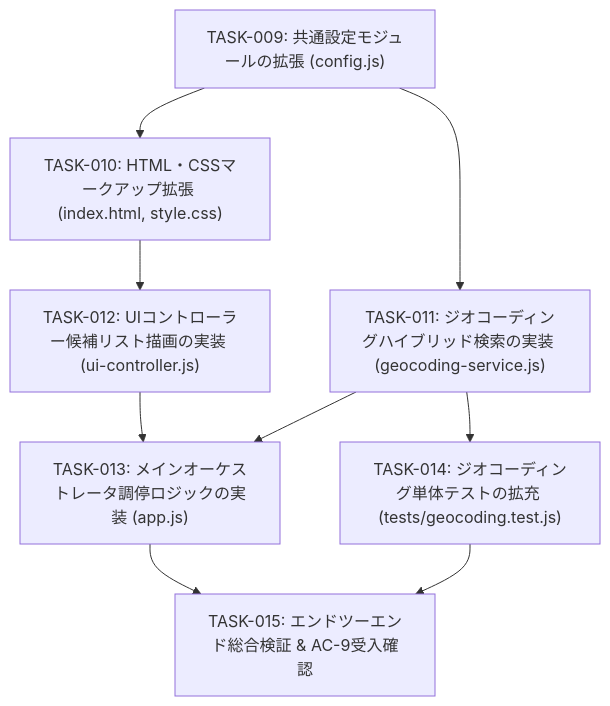
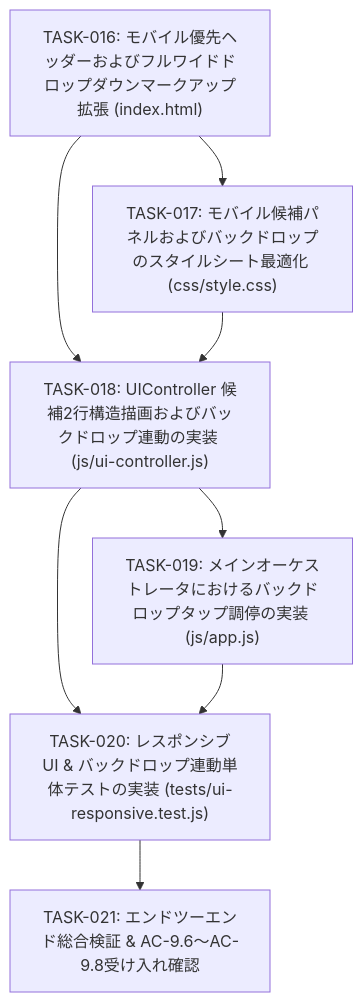
Before and after one commit to nankojin-ops/HazardMap-app: the diagram in docs/implementation-plan.md, drawn with Mermaid. The commit also changed other lines of this file and 10 other files, not shown here.

````diff
--- a/docs/implementation-plan.md
+++ b/docs/implementation-plan.md
@@ -321,17 +332,15 @@
 ```mermaid
 flowchart TD
-    TASK009["TASK-009: 共通設定モジュールの拡張 (config.js)"]
-    TASK010["TASK-010: HTML・CSSマークアップ拡張 (index.html, style.css)"]
-    TASK011["TASK-011: ジオコーディングハイブリッド検索の実装 (geocoding-service.js)"]
-    TASK012["TASK-012: UIコントローラー候補リスト描画の実装 (ui-controller.js)"]
-    TASK013["TASK-013: メインオーケストレータ調停ロジックの実装 (app.js)"]
-    TASK014["TASK-014: ジオコーディング単体テストの拡充 (tests/geocoding.test.js)"]
-    TASK015["TASK-015: エンドツーエンド総合検証 & AC-9受入確認"]
+    TASK016["TASK-016: モバイル優先ヘッダーおよびフルワイドドロップダウンマークアップ拡張 (index.html)"]
+    TASK017["TASK-017: モバイル候補パネルおよびバックドロップのスタイルシート最適化 (css/style.css)"]
+    TASK018["TASK-018: UIController 候補2行構造描画およびバックドロップ連動の実装 (js/ui-controller.js)"]
+    TASK019["TASK-019: メインオーケストレータにおけるバックドロップタップ調停の実装 (js/app.js)"]
+    TASK020["TASK-020: レスポンシブUI & バックドロップ連動単体テストの実装 (tests/ui-responsive.test.js)"]
+    TASK021["TASK-021: エンドツーエンド総合検証 & AC-9.6〜AC-9.8受け入れ確認"]
 
-    TASK009 --> TASK010
-    TASK009 --> TASK011
-    TASK010 --> TASK012
-    TASK011 & TASK012 --> TASK013
-    TASK011 --> TASK014
-    TASK013 & TASK014 --> TASK015
+    TASK016 --> TASK017
+    TASK016 & TASK017 --> TASK018
+    TASK018 --> TASK019
+    TASK018 & TASK019 --> TASK020
+    TASK020 --> TASK021
 ```
````
